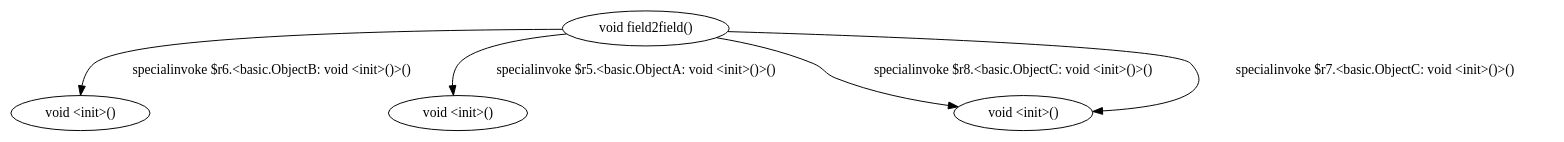
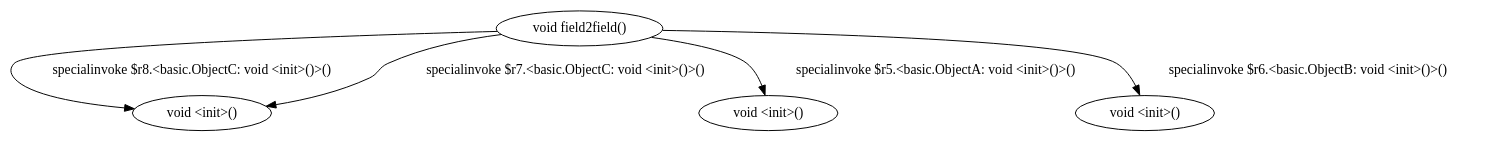
One commit to SeanCoek/zString changed the diagram in dot/<assignment.BasicAssignment: void field2field()>.dot. Above: the diagram before and after it, drawn with Graphviz. The commit also changed other lines of this file and 351 other files, not shown here.

```diff
--- a/dot/<assignment.BasicAssignment: void field2field()>.dot
+++ b/dot/<assignment.BasicAssignment: void field2field()>.dot
@@ -1,10 +1,10 @@
 digraph g {
+1[label="void <init>()"]
+3[label="void <init>()"]
 0[label="void field2field()"]
 2[label="void <init>()"]
-3[label="void <init>()"]
-1[label="void <init>()"]
 0->1[label="specialinvoke $r8.<basic.ObjectC: void <init>()>()"]
 0->1[label="specialinvoke $r7.<basic.ObjectC: void <init>()>()"]
 0->2[label="specialinvoke $r6.<basic.ObjectB: void <init>()>()"]
 0->3[label="specialinvoke $r5.<basic.ObjectA: void <init>()>()"]
 }
```
